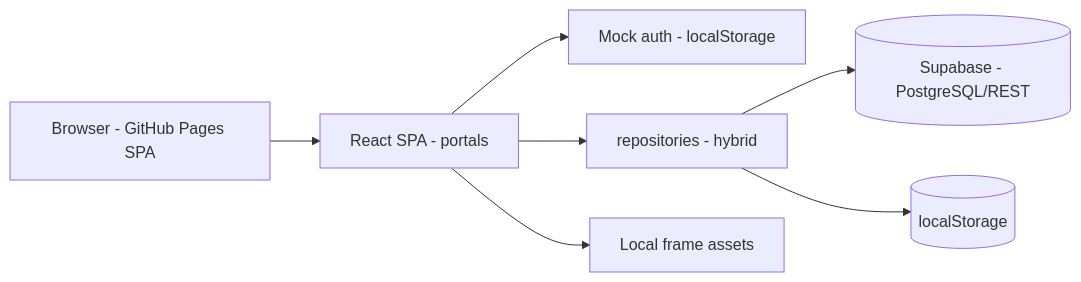
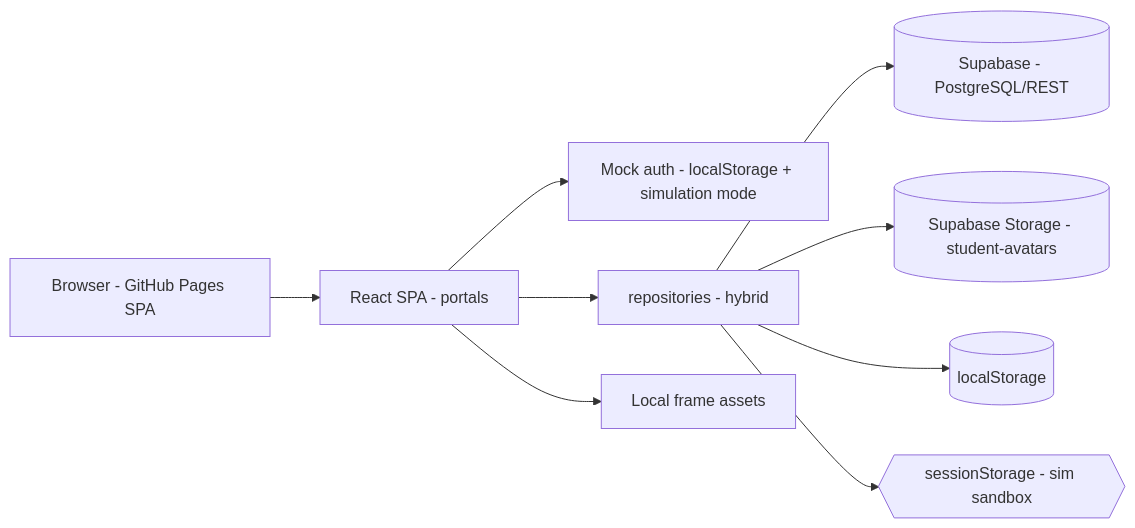
One commit to pycriador/rafaela-personal-app changed the diagram in docs/en/architecture/overview.md. Above: the diagram before and after it, drawn with Mermaid. The commit also changed other lines of this file and 8 other files, not shown here.

````diff
--- a/docs/en/architecture/overview.md
+++ b/docs/en/architecture/overview.md
@@ -77,16 +82,20 @@
 ```mermaid
 flowchart LR
   Browser[Browser - GitHub Pages SPA]
   FE[React SPA - portals]
-  Auth[Mock auth - localStorage]
+  Auth[Mock auth - localStorage + simulation mode]
   Repos[repositories - hybrid]
   SB[(Supabase - PostgreSQL/REST)]
+  St[(Supabase Storage - student-avatars)]
   LS[(localStorage)]
+  SS{{sessionStorage - sim sandbox}}
   Frames[Local frame assets]
   Browser --> FE
   FE --> Auth
   FE --> Repos
   Repos --> SB
+  Repos --> St
   Repos --> LS
+  Repos --> SS
   FE --> Frames
 ```
````
